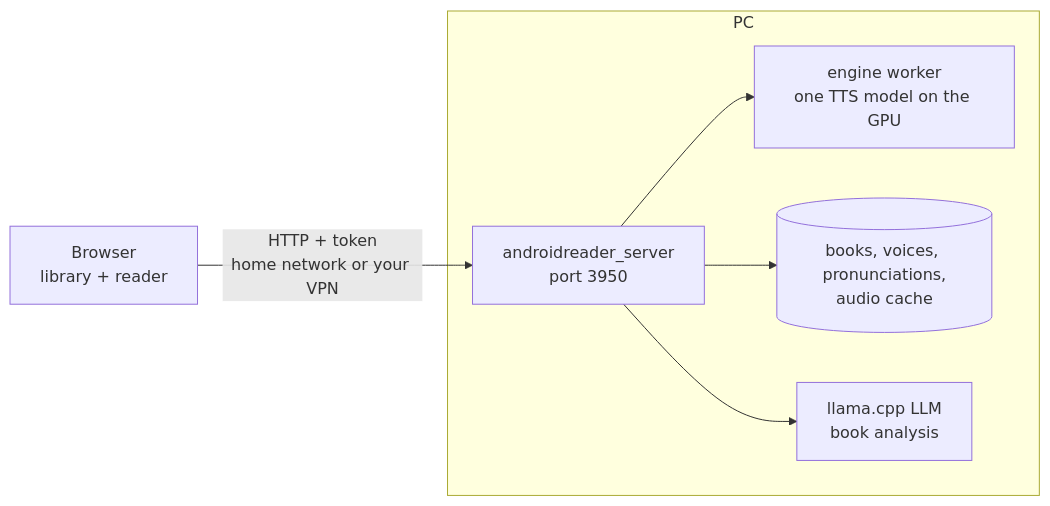
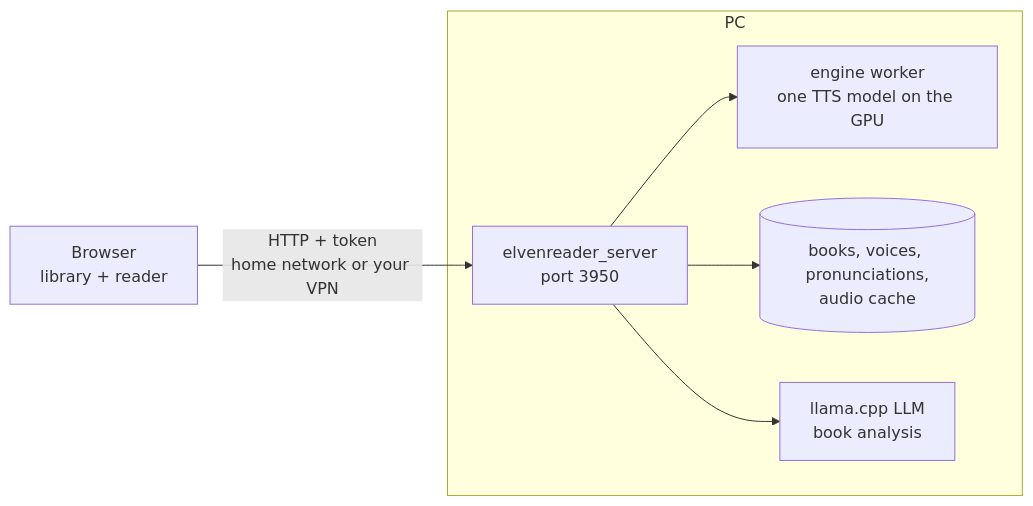
The diagram in README.md (0xbad1d3a5/ElvenReader), drawn with Mermaid before and after one commit. The commit also changed other lines of this file and 56 other files, not shown here.

````diff
--- a/README.md
+++ b/README.md
@@ -15,9 +15,9 @@
 ```mermaid
 flowchart LR
     B[Browser<br/>library + reader] -- "HTTP + token<br/>home network or your VPN" --> S
     subgraph PC
-      S[androidreader_server<br/>port 3950] --> W[engine worker<br/>one TTS model on the GPU]
+      S[elvenreader_server<br/>port 3950] --> W[engine worker<br/>one TTS model on the GPU]
       S --> V[(books, voices, pronunciations,<br/>audio cache)]
       S --> L[llama.cpp LLM<br/>book analysis]
     end
 ```
````
